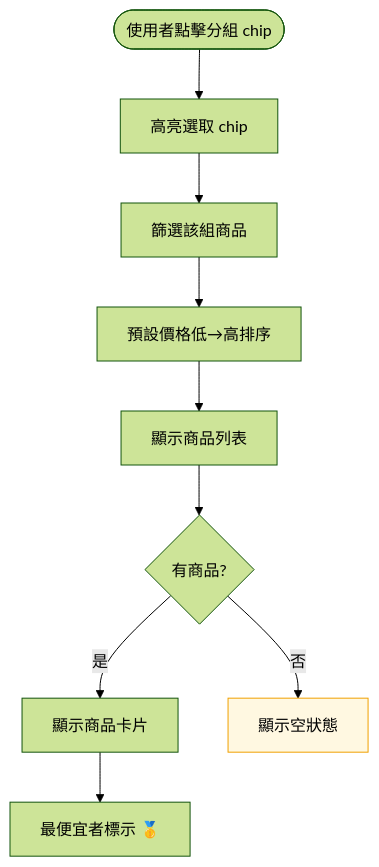
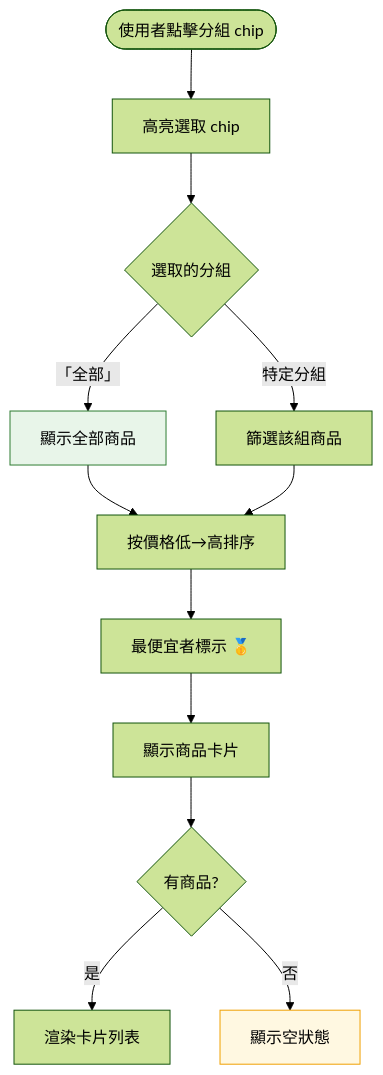
The second of 2 diagrams in docs/interaction-flows/018-dashboard-groups.md (YuHaoLiaoSideProject/CoolPCTracker), drawn with Mermaid (forest theme) before and after one commit. The commit also changed other lines of this file and 20 other files, not shown here.

````diff
--- a/docs/interaction-flows/018-dashboard-groups.md
+++ b/docs/interaction-flows/018-dashboard-groups.md
@@ -68,18 +82,23 @@
 ```mermaid
 flowchart TD
     StartGroup([使用者點擊分組 chip])
     
     StartGroup --> HighlightChip[高亮選取 chip]
-    HighlightChip --> FilterItems[篩選該組商品]
-    FilterItems --> SortDefault[預設價格低→高排序]
-    SortDefault --> ShowList[顯示商品列表]
+    HighlightChip --> FilterItems{選取的分組}
     
-    ShowList --> HasItems{有商品?}
+    FilterItems -->|「全部」| ShowAll[顯示全部商品]
+    FilterItems -->|特定分組| FilterSpec[篩選該組商品]
     
-    HasItems -->|是| ShowCards[顯示商品卡片]
+    ShowAll --> SortDefault[按價格低→高排序]
+    FilterSpec --> SortDefault
+    
+    SortDefault --> MarkCheapest[最便宜者標示 🥇]
+    MarkCheapest --> ShowCards[顯示商品卡片]
+    
+    ShowCards --> HasItems{有商品?}
+    HasItems -->|是| RenderCards[渲染卡片列表]
     HasItems -->|否| ShowEmpty[顯示空狀態]
     
-    ShowCards --> ShowCheapest[最便宜者標示 🥇]
-    
     style ShowEmpty fill:#fff8e1,stroke:#f0a000
+    style ShowAll fill:#e8f5e9,stroke:#2e7d32
 ```
````
